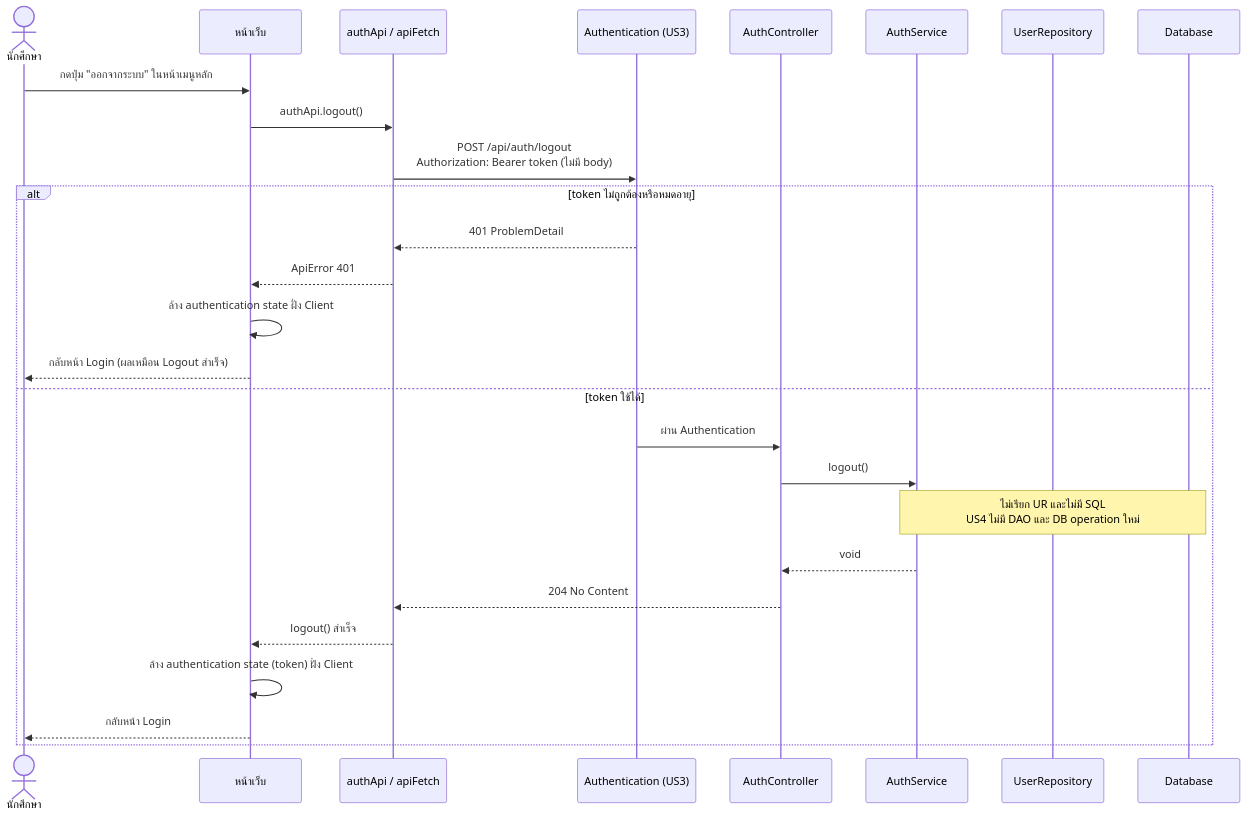
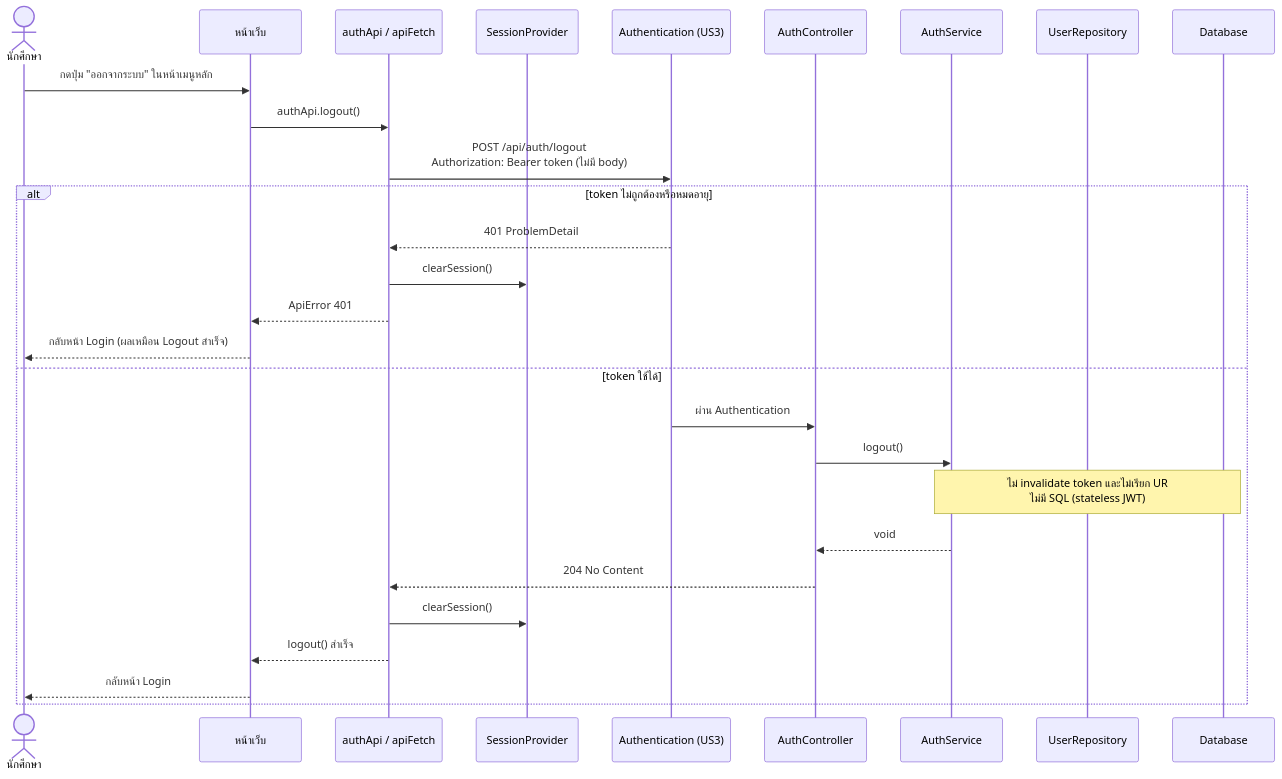
Before and after one commit to Non-Sin/CS261-G3-MockTimetableTU: the first of 3 diagrams in .doc/US4/T06/US4-T06-Sequence-Diagram.md, drawn with Mermaid. The commit also changed other lines of this file, not shown here.

Commit message:
docs(US4-T06): clarify token expiry vs inactivity timeout flows in sequence diagram

````diff
--- a/.doc/US4/T06/US4-T06-Sequence-Diagram.md
+++ b/.doc/US4/T06/US4-T06-Sequence-Diagram.md
@@ -14,31 +21,32 @@
 ```mermaid
 sequenceDiagram
     actor User as นักศึกษา
     participant UI as หน้าเว็บ
     participant A as authApi / apiFetch
+    participant SP as SessionProvider
     participant SEC as Authentication (US3)
     participant C as AuthController
     participant S as AuthService
     participant UR as UserRepository
     participant DB as Database
 
     User->>UI: กดปุ่ม "ออกจากระบบ" ในหน้าเมนูหลัก
     UI->>A: authApi.logout()
     A->>SEC: POST /api/auth/logout<br/>Authorization: Bearer token (ไม่มี body)
 
     alt token ไม่ถูกต้องหรือหมดอายุ
         SEC-->>A: 401 ProblemDetail
+        A->>SP: clearSession()
         A-->>UI: ApiError 401
-        UI->>UI: ล้าง authentication state ฝั่ง Client
         UI-->>User: กลับหน้า Login (ผลเหมือน Logout สำเร็จ)
     else token ใช้ได้
         SEC->>C: ผ่าน Authentication
         C->>S: logout()
-        Note over S,DB: ไม่เรียก UR และไม่มี SQL<br/>US4 ไม่มี DAO และ DB operation ใหม่
+        Note over S,DB: ไม่ invalidate token และไม่เรียก UR<br/>ไม่มี SQL (stateless JWT)
         S-->>C: void
         C-->>A: 204 No Content
+        A->>SP: clearSession()
         A-->>UI: logout() สำเร็จ
-        UI->>UI: ล้าง authentication state (token) ฝั่ง Client
         UI-->>User: กลับหน้า Login
     end
 ```
````
